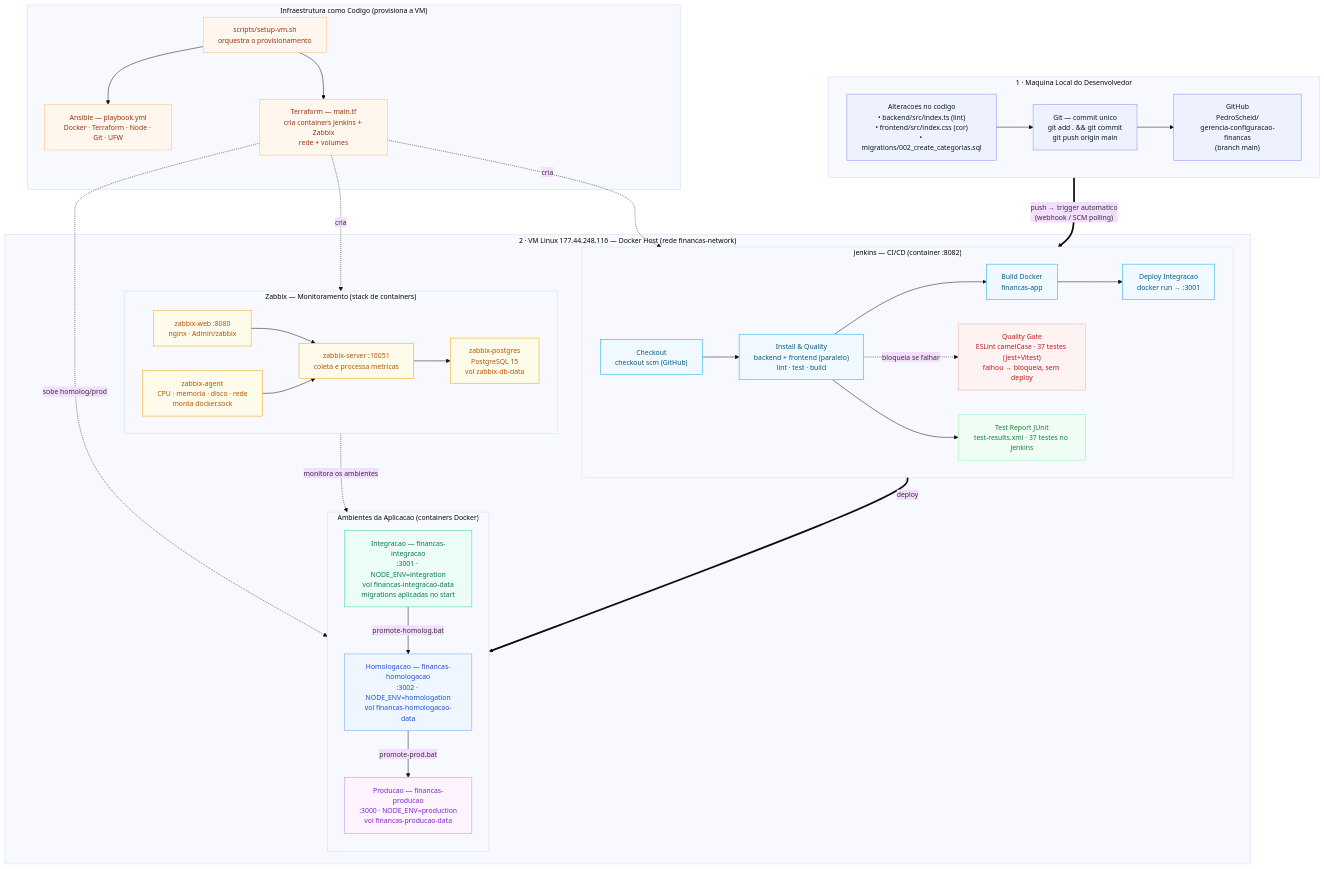
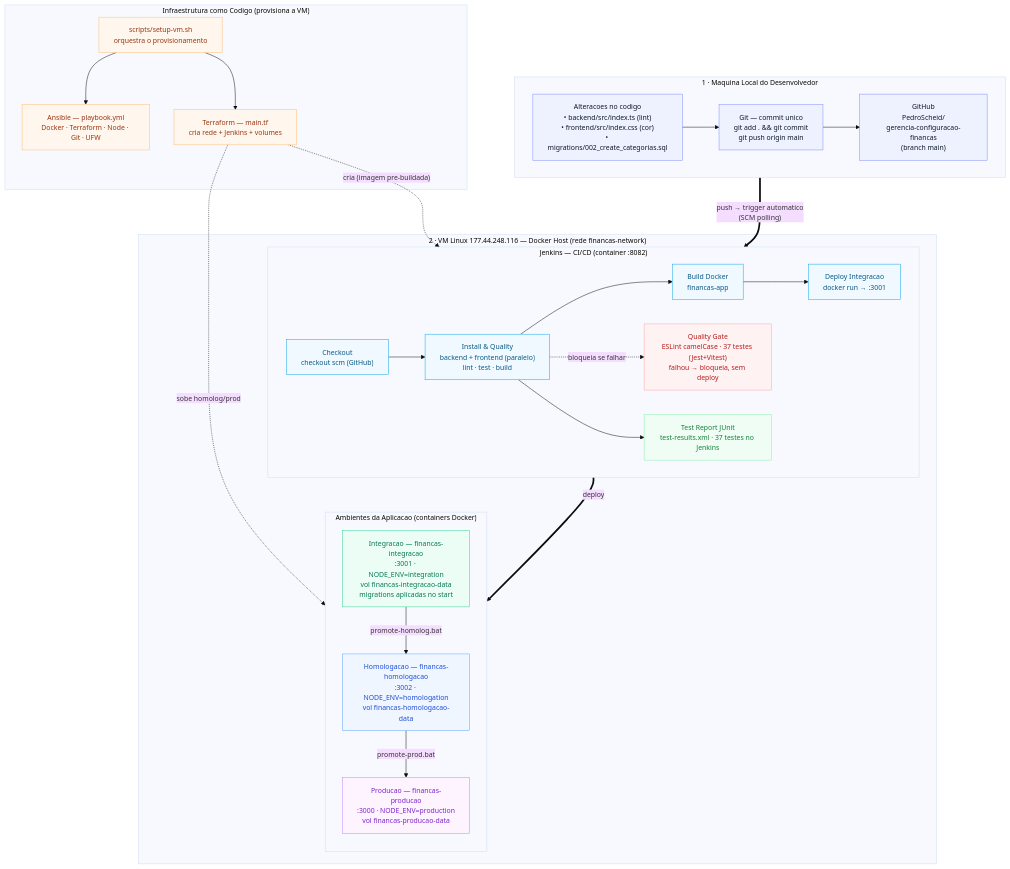
Before and after one commit to PedroScheid/gerencia-configuracao-financas: the diagram in ARQUITETURA.md, drawn with Mermaid. The commit also changed other lines of this file and 15 other files, not shown here.

Commit message:
Fix jenkins docker image

````diff
--- a/ARQUITETURA.md
+++ b/ARQUITETURA.md
@@ -16,7 +16,7 @@
 
     subgraph IAC["Infraestrutura como Codigo (provisiona a VM)"]
         ANSIBLE["Ansible — playbook.yml<br/>Docker · Terraform · Node · Git · UFW"]
-        TERRAFORM["Terraform — main.tf<br/>cria containers Jenkins + Zabbix<br/>rede + volumes"]
+        TERRAFORM["Terraform — main.tf<br/>cria rede + Jenkins + volumes"]
         SETUP["scripts/setup-vm.sh<br/>orquestra o provisionamento"]
         SETUP --> ANSIBLE
         SETUP --> TERRAFORM
@@ -45,24 +45,11 @@
             INT -- "promote-homolog.bat" --> HOM
             HOM -- "promote-prod.bat" --> PROD
         end
-
-        subgraph ZABBIX["Zabbix — Monitoramento (stack de containers)"]
-            direction LR
-            ZWEB["zabbix-web :8080<br/>nginx · Admin/zabbix"]
-            ZSRV["zabbix-server :10051<br/>coleta e processa metricas"]
-            ZAGENT["zabbix-agent<br/>CPU · memoria · disco · rede<br/>monta docker.sock"]
-            ZDB["zabbix-postgres<br/>PostgreSQL 15<br/>vol zabbix-db-data"]
-            ZWEB --> ZSRV
-            ZAGENT --> ZSRV
-            ZSRV --> ZDB
-        end
     end
 
-    GH == "push → trigger automatico<br/>(webhook / SCM polling)" ==> S1
+    GH == "push → trigger automatico<br/>(SCM polling)" ==> S1
     S4 == "deploy" ==> INT
-    ZAGENT -. "monitora os ambientes" .-> ENVS
-    TERRAFORM -. "cria" .-> JENKINS
-    TERRAFORM -. "cria" .-> ZABBIX
+    TERRAFORM -. "cria (imagem pre-buildada)" .-> JENKINS
     TERRAFORM -. "sobe homolog/prod" .-> ENVS
 
     classDef local fill:#eef2ff,stroke:#818cf8,color:#0f172a;
@@ -73,7 +60,6 @@
     classDef integ fill:#ecfdf5,stroke:#34d399,color:#047857;
     classDef homol fill:#eff6ff,stroke:#60a5fa,color:#1d4ed8;
     classDef prod fill:#fdf4ff,stroke:#c084fc,color:#7e22ce;
-    classDef zbx fill:#fffbeb,stroke:#f59e0b,color:#b45309;
 
     class CODE,GIT,GH local;
     class ANSIBLE,TERRAFORM,SETUP iac;
@@ -83,5 +69,4 @@
     class INT integ;
     class HOM homol;
     class PROD prod;
-    class ZWEB,ZSRV,ZAGENT,ZDB zbx;
 ```
````
